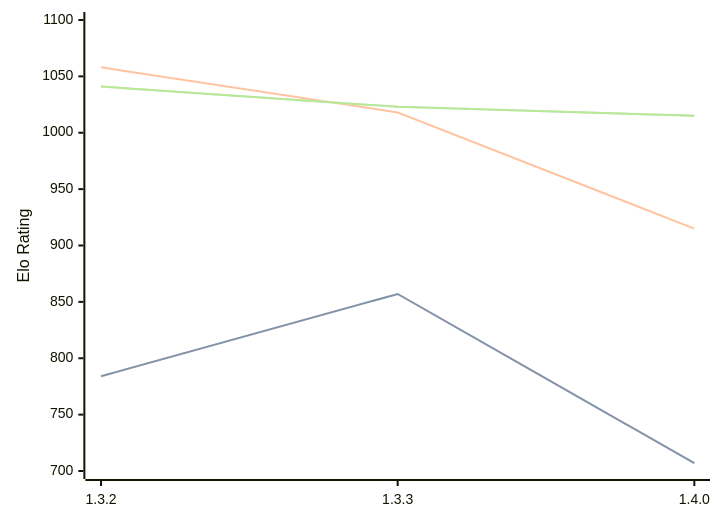
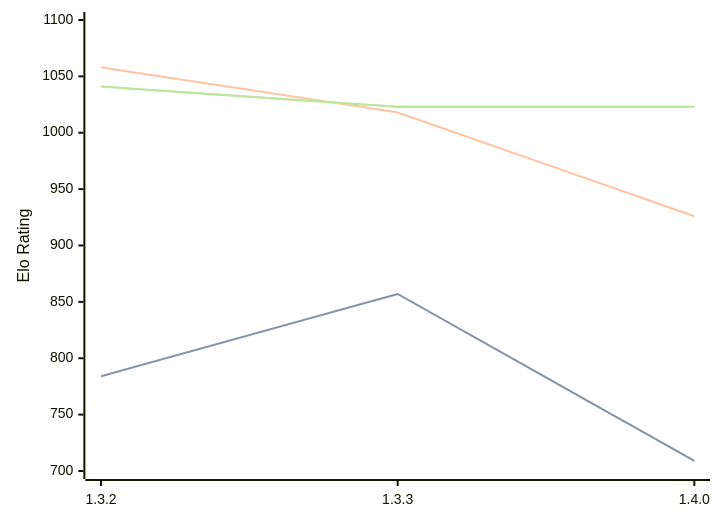
One commit to computer-chess-index/cci changed the diagram in engines/Whitespine.md. Above: the diagram before and after it, drawn with Mermaid. The commit also changed other lines of this file, not shown here.

Commit message:
Update CCI Ratings (ELO VLTC) - 2026-08-20

````diff
--- a/engines/Whitespine.md
+++ b/engines/Whitespine.md
@@ -33,11 +33,11 @@
 ```mermaid
 %%{init: {"theme":"base","themeVariables":{"seriesColors:['#a3a3a3','#222221','#faa371']}}}%%
 xychart-beta
   x-axis ["1.3.2", "1.3.3", "1.4.0"]
   y-axis "Elo Rating" 700 --> 1100
-  line "STC (8.0+0.08s)" [784, 857, 707]
-  line "STC (8.0+0.08s)" [784, 857, 707]
-  line "LTC (60.0+0.60s)" [1058, 1018, 915]
-  line "VLTC (2m24s+1.12s)" [1041, 1023, 1015]
-  line "VLTC (2m24s+1.12s)" [1041, 1023, 1015]
+  line "STC (8.0+0.08s)" [784, 857, 709]
+  line "STC (8.0+0.08s)" [784, 857, 709]
+  line "LTC (60.0+0.60s)" [1058, 1018, 926]
+  line "VLTC (2m24s+1.12s)" [1041, 1023, 1023]
+  line "VLTC (2m24s+1.12s)" [1041, 1023, 1023]
 ```
````
